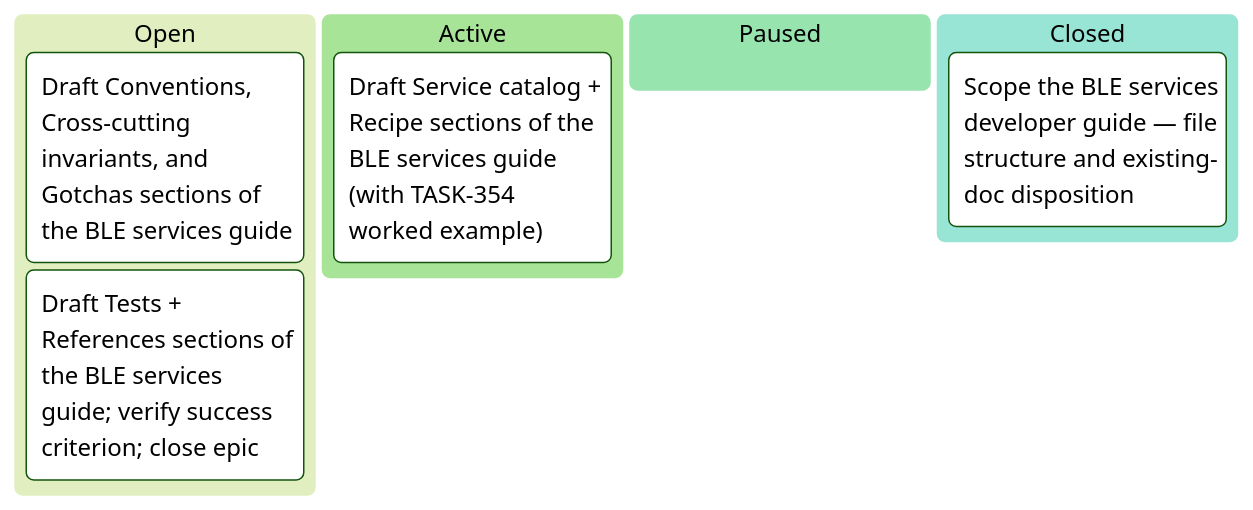
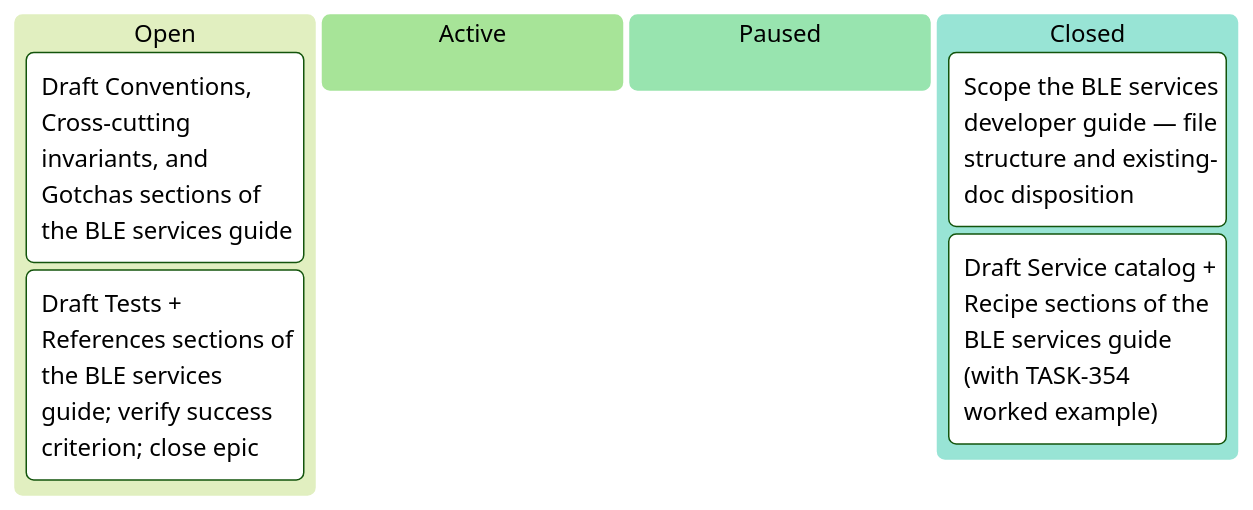
Before and after one commit to tgd1975/AwesomeGuitarPedal: the first of 11 diagrams in docs/developers/tasks/KANBAN.md, drawn with Mermaid (forest theme). The commit also changed other lines of this file and 4 other files, not shown here.

First line of the commit message:
close TASK-366: BLE services guide — Service catalog + Recipe + TASK-354 worked example

````diff
--- a/docs/developers/tasks/KANBAN.md
+++ b/docs/developers/tasks/KANBAN.md
@@ -11,11 +11,11 @@
 ```mermaid
 kanban
   Open
     TASK_367["Draft Conventions, Cross-cutting invariants, and Gotchas sections of the BLE services guide"]
     TASK_368["Draft Tests + References sections of the BLE services guide; verify success criterion; close epic"]
   Active
-    TASK_366["Draft Service catalog + Recipe sections of the BLE services guide (with TASK-354 worked example)"]
   Paused
   Closed
     TASK_365["Scope the BLE services developer guide — file structure and existing-doc disposition"]
+    TASK_366["Draft Service catalog + Recipe sections of the BLE services guide (with TASK-354 worked example)"]
 ```
````
